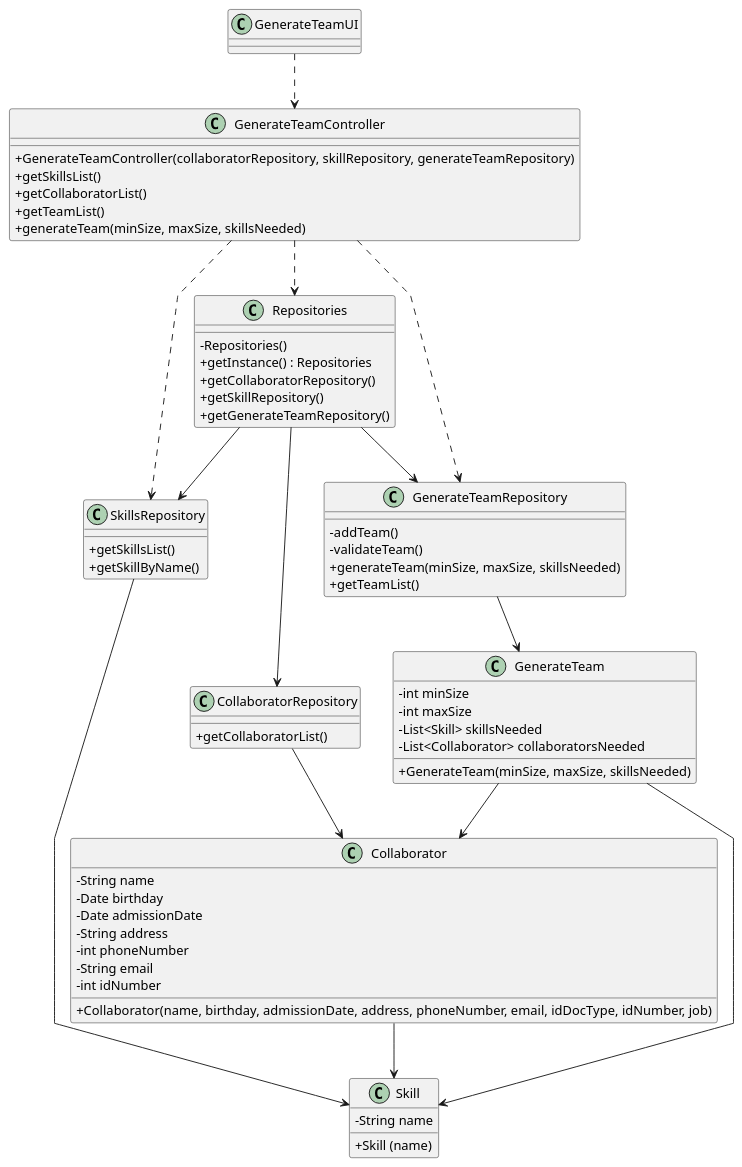
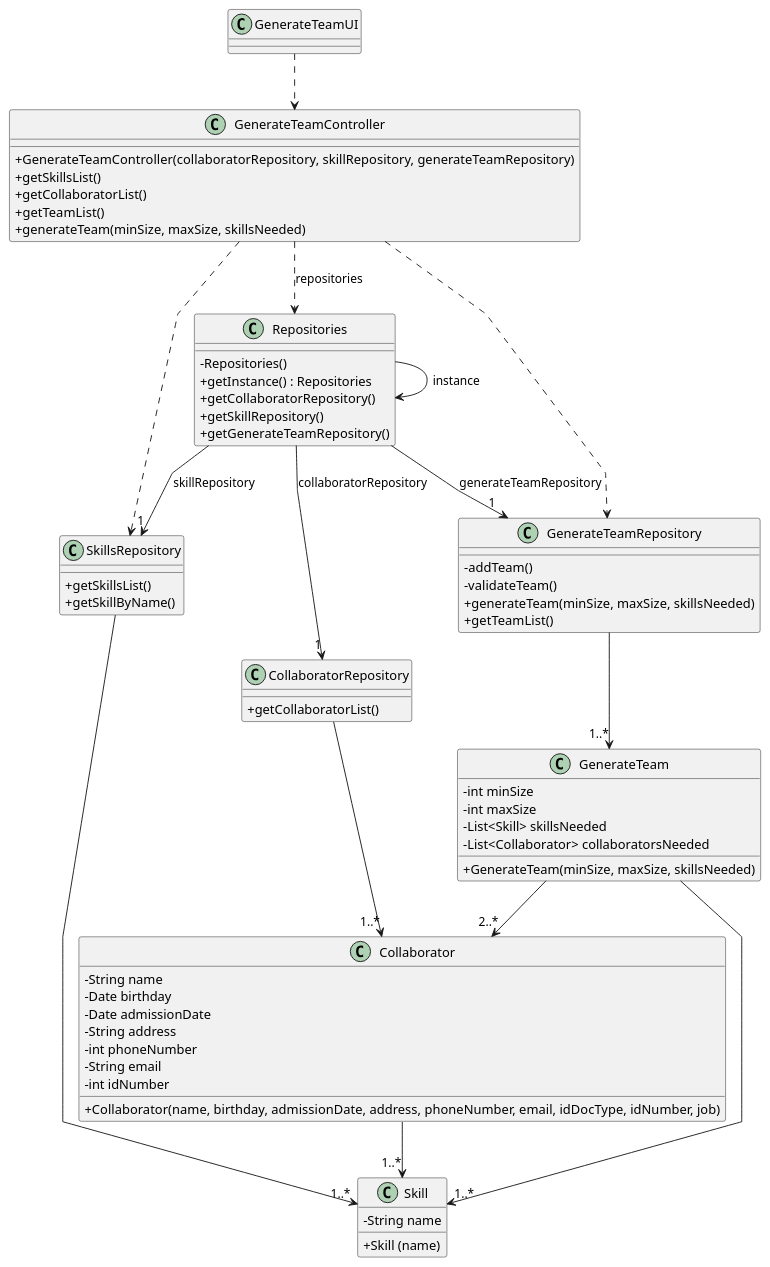
The diagram in docs/sprintA&B/us005/03.design/puml/us005-class-diagram.puml (daniel41silva05/ISEP_2023_2024_LAPR2), drawn with PlantUML before and after one commit. The commit also changed 3 other files, not shown here.

```diff
--- a/docs/sprintA&B/us005/03.design/puml/us005-class-diagram.puml
+++ b/docs/sprintA&B/us005/03.design/puml/us005-class-diagram.puml
@@ -1,89 +1,90 @@
 @startuml
 skinparam packageStyle rectangle
 skinparam shadowing false
 skinparam linetype polyline
 
 skinparam classAttributeIconSize 0
 
 'left to right direction
 
 class GenerateTeam {
     - int minSize
     - int maxSize
     - List<Skill> skillsNeeded
     - List<Collaborator> collaboratorsNeeded
 
     + GenerateTeam(minSize, maxSize, skillsNeeded)
 
 }
 
 class Skill {
     - String name
     + Skill (name)
 
 }
 
 class Collaborator {
     -String name
     -Date birthday
     -Date admissionDate
     -String address
     -int phoneNumber
     -String email
     -int idNumber
     +Collaborator(name, birthday, admissionDate, address, phoneNumber, email, idDocType, idNumber, job)
 
 }
 
 class SkillsRepository {
     + getSkillsList()
     + getSkillByName()
 }
 
 class GenerateTeamRepository {
     - addTeam()
     - validateTeam()
     + generateTeam(minSize, maxSize, skillsNeeded)
     + getTeamList()
 }
 
 class CollaboratorRepository {
     + getCollaboratorList()
 }
 
 class Repositories {
     - Repositories()
     + getInstance() : Repositories
     + getCollaboratorRepository()
     + getSkillRepository()
     + getGenerateTeamRepository()
 }
 
 class GenerateTeamController {
     + GenerateTeamController(collaboratorRepository, skillRepository, generateTeamRepository)
     + getSkillsList()
     + getCollaboratorList()
     + getTeamList()
     + generateTeam(minSize, maxSize, skillsNeeded)
 }
 
 class GenerateTeamUI {
 }
 
 GenerateTeamUI ..> GenerateTeamController
-GenerateTeamController ..> Repositories
+GenerateTeamController ..> Repositories : repositories
 GenerateTeamController ..> GenerateTeamRepository
 GenerateTeamController ..> SkillsRepository
-Repositories --> GenerateTeamRepository
-Repositories --> SkillsRepository
-Repositories --> CollaboratorRepository
-CollaboratorRepository --> Collaborator
-Collaborator --> Skill
-GenerateTeam --> Collaborator
-GenerateTeamRepository --> GenerateTeam
-SkillsRepository --> Skill
-GenerateTeam --> Skill
+Repositories --> Repositories : instance
+Repositories --> "1" GenerateTeamRepository : generateTeamRepository
+Repositories --> "1" SkillsRepository : skillRepository
+Repositories --> "1" CollaboratorRepository : collaboratorRepository
+CollaboratorRepository --> "1..*" Collaborator
+Collaborator --> "1..*" Skill
+GenerateTeam --> "2..*" Collaborator
+GenerateTeamRepository --> "1..*" GenerateTeam
+SkillsRepository --> "1..*" Skill
+GenerateTeam --> "1..*" Skill
 
 
 
 @enduml
```
